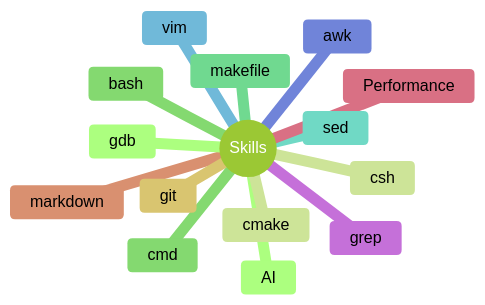
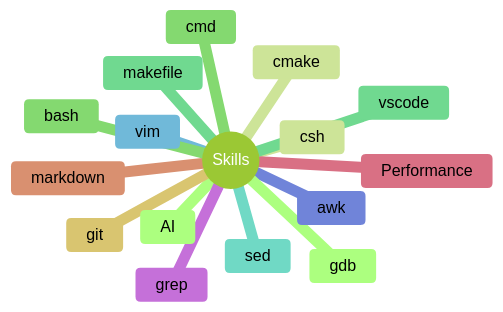
The diagram in notes/skill/skill_entry.md (superupon/knowledge_zh), drawn with Mermaid (forest theme) before and after one commit. The commit also changed other lines of this file and 2 other files, not shown here.

Commit message:
[note]-(skill-vscode) new note and entry for vscode about how to ssh without password

````diff
--- a/notes/skill/skill_entry.md
+++ b/notes/skill/skill_entry.md
@@ -18,18 +19,19 @@
 ```mermaid
 mindmap
 root((Skills))
   AI
   csh
   cmd
   makefile
   sed
   vim
   awk
   grep
   Performance
   markdown
   git
   gdb
   cmake
   bash
+  vscode
 ```
````
